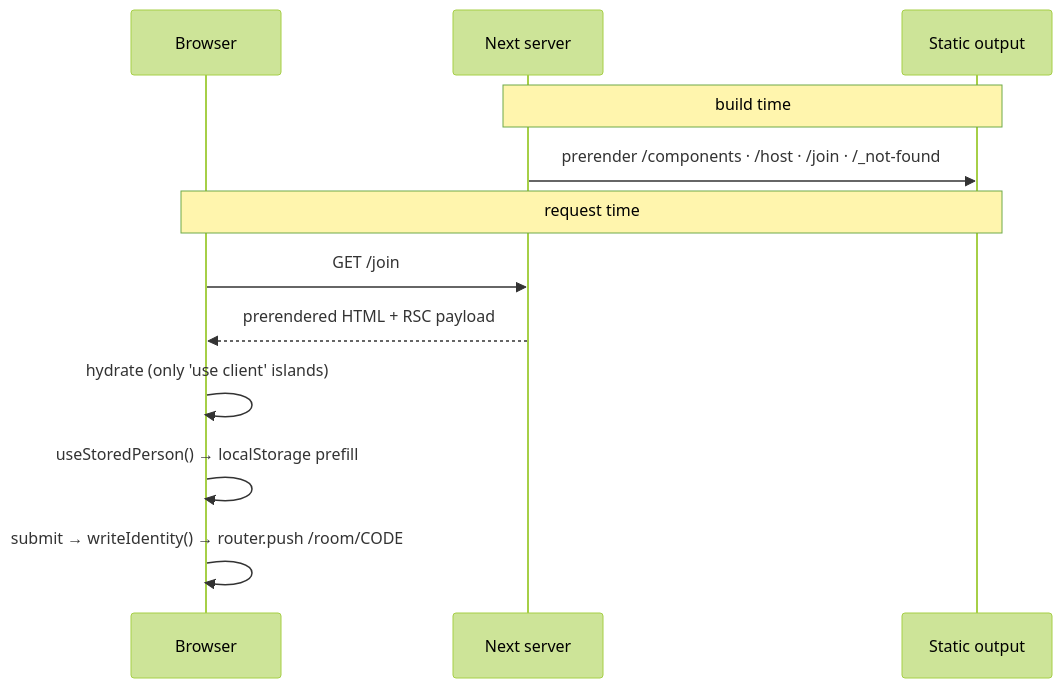
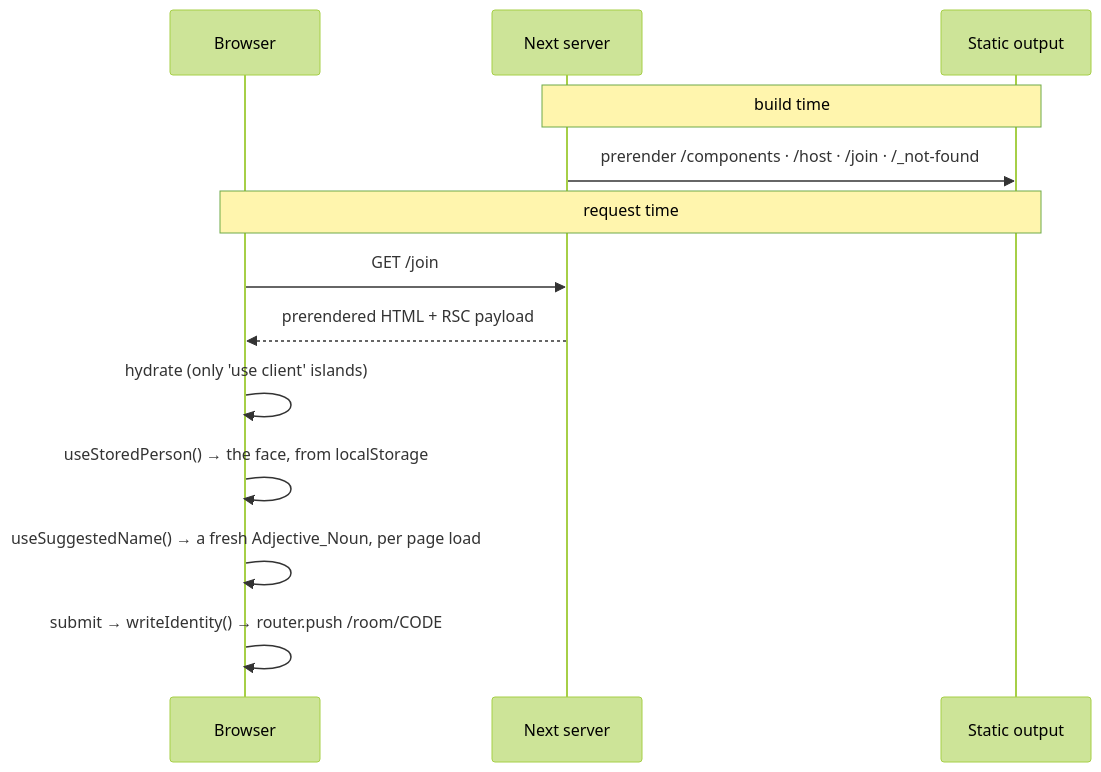
The eighth of 12 diagrams in docs/architecture.md (Jmeza081/captionist), drawn with Mermaid (forest theme) before and after one commit. The commit also changed other lines of this file and 25 other files, not shown here.

````diff
--- a/docs/architecture.md
+++ b/docs/architecture.md
@@ -2055,16 +2170,17 @@
 ```mermaid
 sequenceDiagram
   participant B as Browser
   participant N as Next server
   participant S as Static output
 
   Note over N,S: build time
   N->>S: prerender /components · /host · /join · /_not-found
 
   Note over B,S: request time
   B->>N: GET /join
   N-->>B: prerendered HTML + RSC payload
   B->>B: hydrate (only 'use client' islands)
-  B->>B: useStoredPerson() → localStorage prefill
+  B->>B: useStoredPerson() → the face, from localStorage
+  B->>B: useSuggestedName() → a fresh Adjective_Noun, per page load
   B->>B: submit → writeIdentity() → router.push /room/CODE
 ```
````
